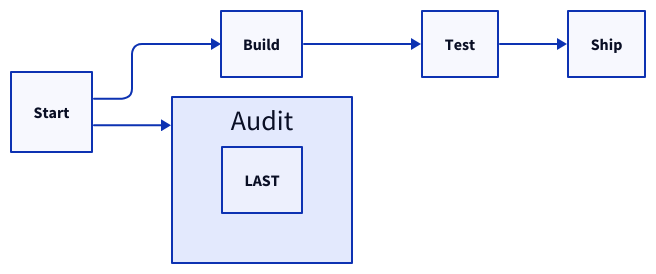
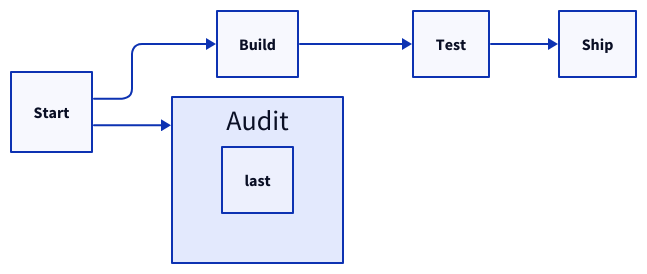
One commit to d2lang/d2-docs changed the diagram in static/d2/elk-last-layer.d2. Above: the diagram before and after it, drawn with D2. The commit also changed 8 other files, not shown here.

```diff
--- a/static/d2/elk-last-layer.d2
+++ b/static/d2/elk-last-layer.d2
@@ -1,11 +1,11 @@
 vars: {
   d2-config: {
     layout-engine: elk
   }
 }
 
 direction: right
 
 Start -> Build -> Test -> Ship
 Start -> Audit
-Audit.elk-layer-constraint: LAST
+Audit.elk-layer-constraint: last
```
